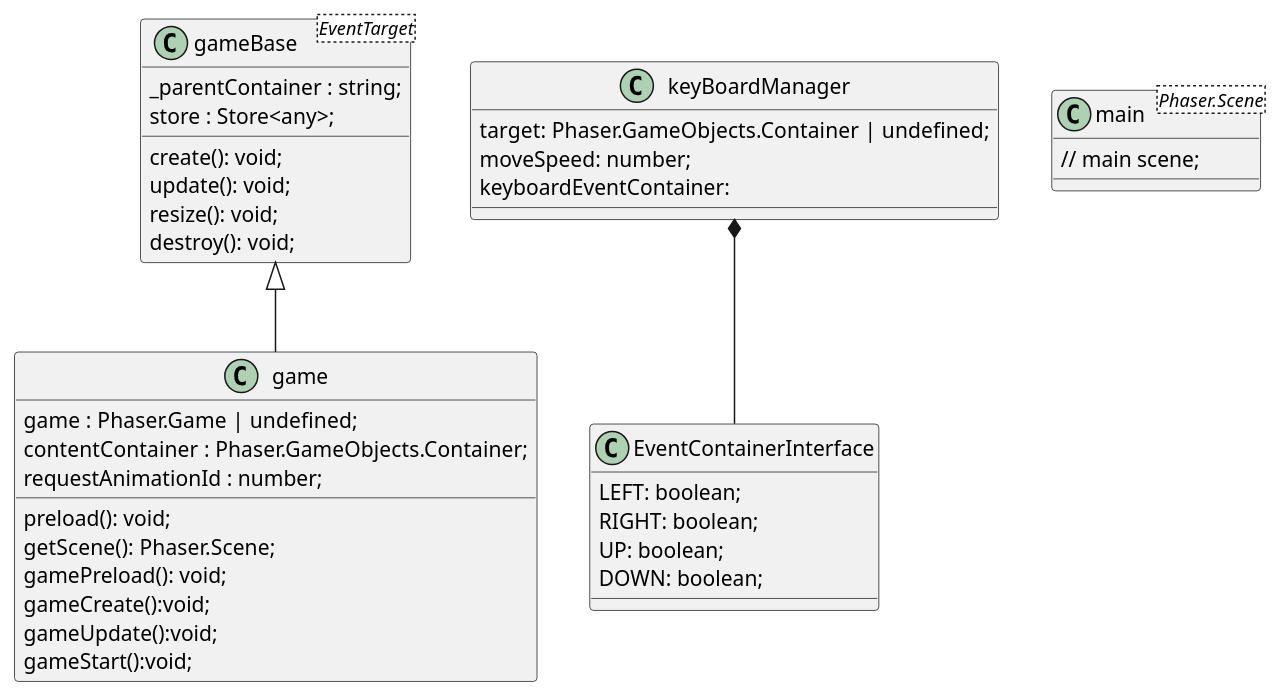
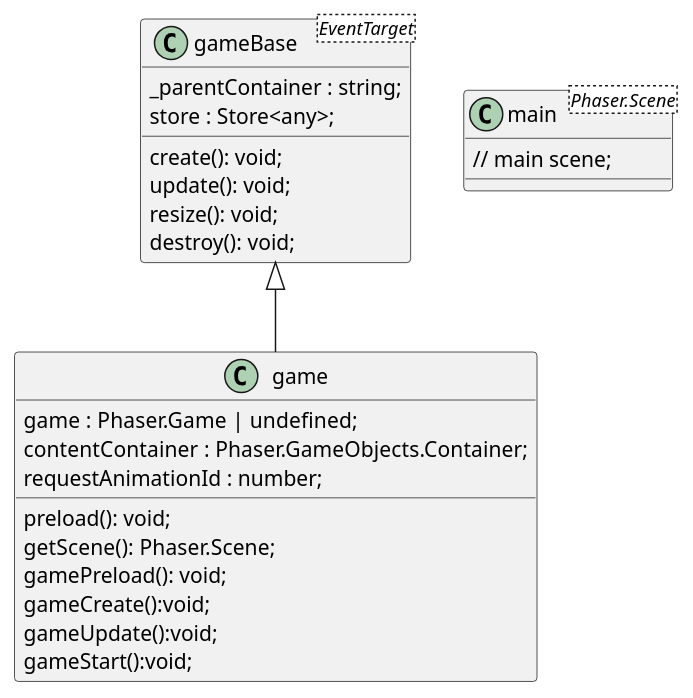
The diagram in doc/class.puml (IMOGD/packy-front), drawn with PlantUML before and after one commit. The commit also changed 1 other file, not shown here.

```diff
--- a/doc/class.puml
+++ b/doc/class.puml
@@ -1,48 +1,48 @@
 @startuml
 gameBase <|-- game
-keyBoardManager *-- EventContainerInterface
+'keyBoardManager *-- EventContainerInterface
 
 class gameBase <EventTarget> {
     _parentContainer : string;
     store : Store<any>;
     create(): void;
     update(): void;
     resize(): void;
     destroy(): void;
 }
 
 class game {
     game : Phaser.Game | undefined;
     contentContainer : Phaser.GameObjects.Container;
     requestAnimationId : number;
 
     preload(): void;
     getScene(): Phaser.Scene;
     gamePreload(): void;
     gameCreate():void;
     gameUpdate():void;
     gameStart():void;
 }
 
-class EventContainerInterface {
- LEFT: boolean;
-  RIGHT: boolean;
-  UP: boolean;
-  DOWN: boolean;
-}
+'interface EventContainerInterface {
+' LEFT: boolean;
+'  RIGHT: boolean;
+'  UP: boolean;
+'  DOWN: boolean;
+'}
 
-class keyBoardManager {
-    target: Phaser.GameObjects.Container | undefined;
-    moveSpeed: number;
-    keyboardEventContainer:
-}
+'class keyBoardManager {
+'    target: Phaser.GameObjects.Container | undefined;
+'    moveSpeed: number;
+'    keyboardEventContainer:
+'}
 
 class main <Phaser.Scene> {
     // main scene;
 }
 
 
 
 
 
 @enduml
```
